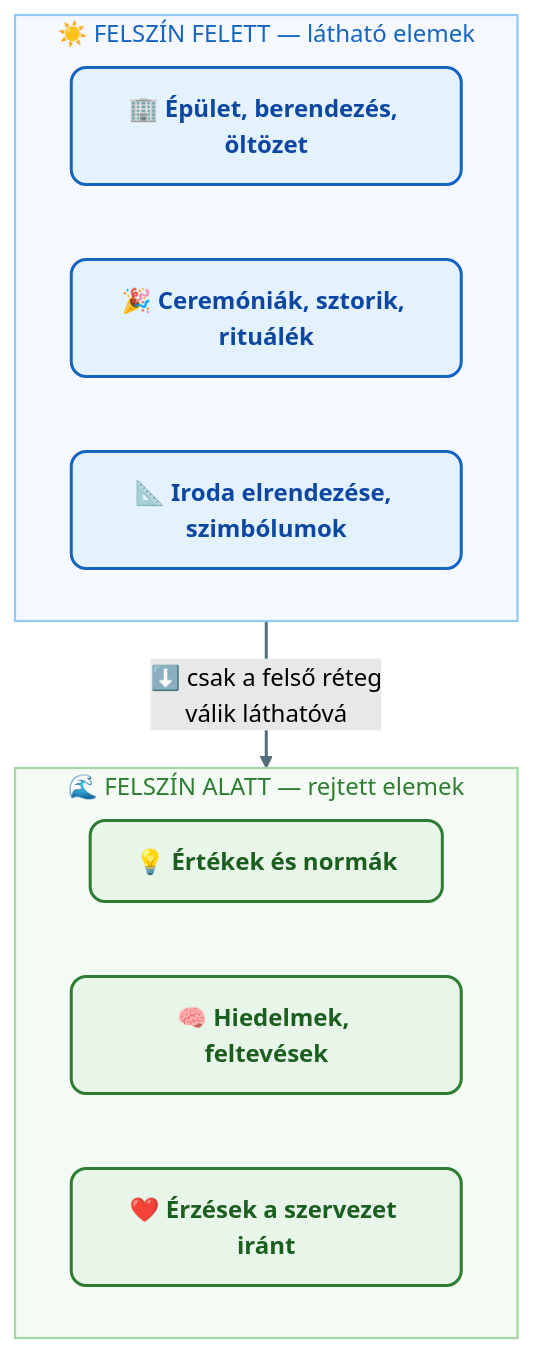
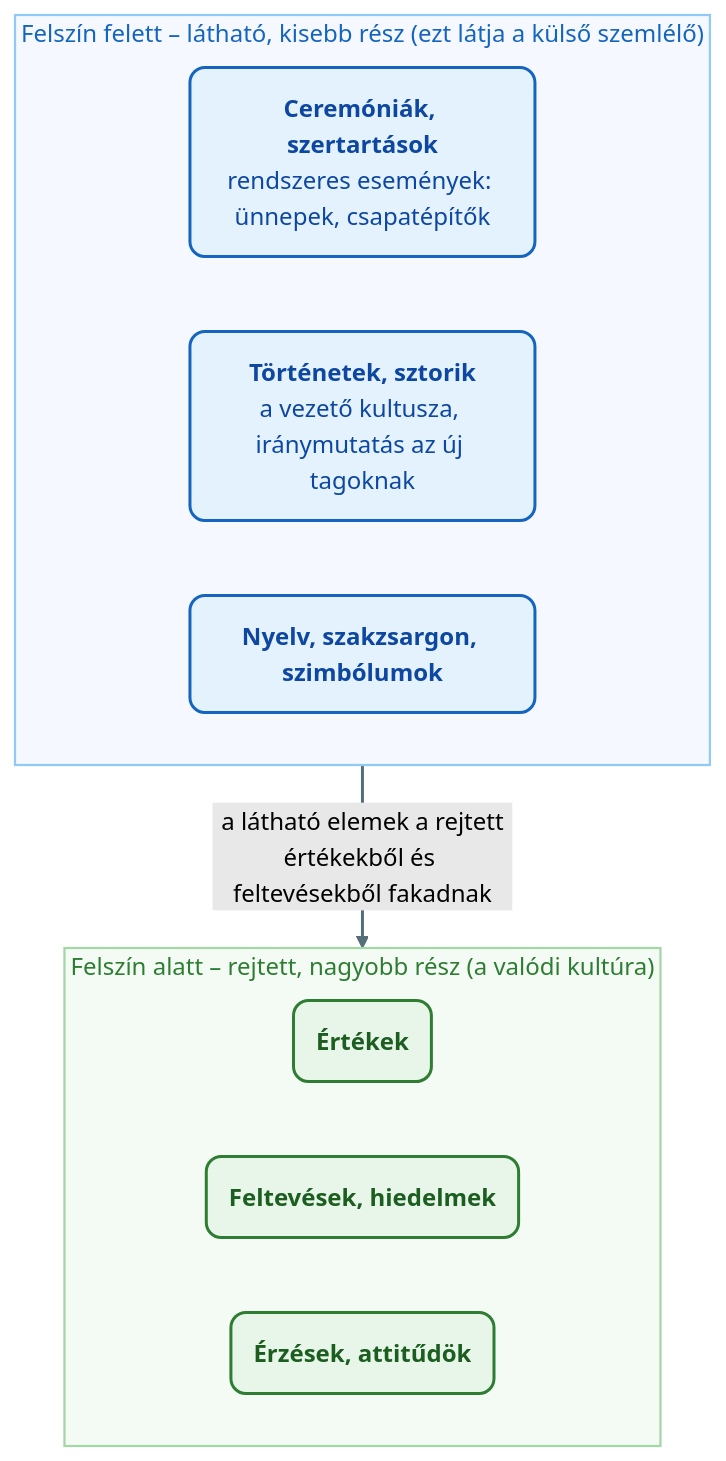
One commit to denespocsik/MM_BSC_Zarovizsga changed the first of 2 diagrams in Tételek/K12-GMXHR1MBLF-Szervezeti kultúra.tétel.md. Above: the diagram before and after it, drawn with Mermaid (forest theme). The commit also changed other lines of this file, not shown here.

````diff
--- a/Tételek/K12-GMXHR1MBLF-Szervezeti kultúra.tétel.md
+++ b/Tételek/K12-GMXHR1MBLF-Szervezeti kultúra.tétel.md
@@ -39,22 +37,22 @@
 ```mermaid
 graph TB
-    subgraph LATHATO["☀️ FELSZÍN FELETT — látható elemek"]
-        V1["🏢 <b>Épület, berendezés, öltözet</b>"]:::kek
-        V2["🎉 <b>Ceremóniák, sztorik, rituálék</b>"]:::kek
-        V3["📐 <b>Iroda elrendezése, szimbólumok</b>"]:::kek
+    subgraph FELETT["Felszín felett – látható, kisebb rész (ezt látja a külső szemlélő)"]
+        V1("<b>Ceremóniák, szertartások</b><br/>rendszeres események: ünnepek, csapatépítők"):::kek
+        V2("<b>Történetek, sztorik</b><br/>a vezető kultusza, iránymutatás az új tagoknak"):::kek
+        V3("<b>Nyelv, szakzsargon, szimbólumok</b>"):::kek
     end
-    subgraph REJTETT["🌊 FELSZÍN ALATT — rejtett elemek"]
-        R1["💡 <b>Értékek és normák</b>"]:::zold
-        R2["🧠 <b>Hiedelmek, feltevések</b>"]:::zold
-        R3["❤️ <b>Érzések a szervezet iránt</b>"]:::zold
+    subgraph ALATT["Felszín alatt – rejtett, nagyobb rész (a valódi kultúra)"]
+        R1("<b>Értékek</b>"):::zold
+        R2("<b>Feltevések, hiedelmek</b>"):::zold
+        R3("<b>Érzések, attitűdök</b>"):::zold
     end
-    LATHATO -->|"⬇️ csak a felső réteg<br/>válik láthatóvá"| REJTETT
+    FELETT -->|"a látható elemek a rejtett<br/>értékekből és feltevésekből fakadnak"| ALATT
 
     classDef kek  fill:#e3f2fd,stroke:#1565c0,stroke-width:2px,color:#0d47a1,rx:10,ry:10;
     classDef zold fill:#e8f5e9,stroke:#2e7d32,stroke-width:2px,color:#1b5e20,rx:10,ry:10;
 
-    style LATHATO fill:#f5f9ff,stroke:#90caf9,stroke-width:1.5px,color:#1565c0;
-    style REJTETT fill:#f4fbf5,stroke:#a5d6a7,stroke-width:1.5px,color:#2e7d32;
+    style FELETT fill:#f5f9ff,stroke:#90caf9,stroke-width:1.5px,color:#1565c0;
+    style ALATT fill:#f4fbf5,stroke:#a5d6a7,stroke-width:1.5px,color:#2e7d32;
 
     linkStyle default stroke:#546e7a,stroke-width:2px;
 ```
````
